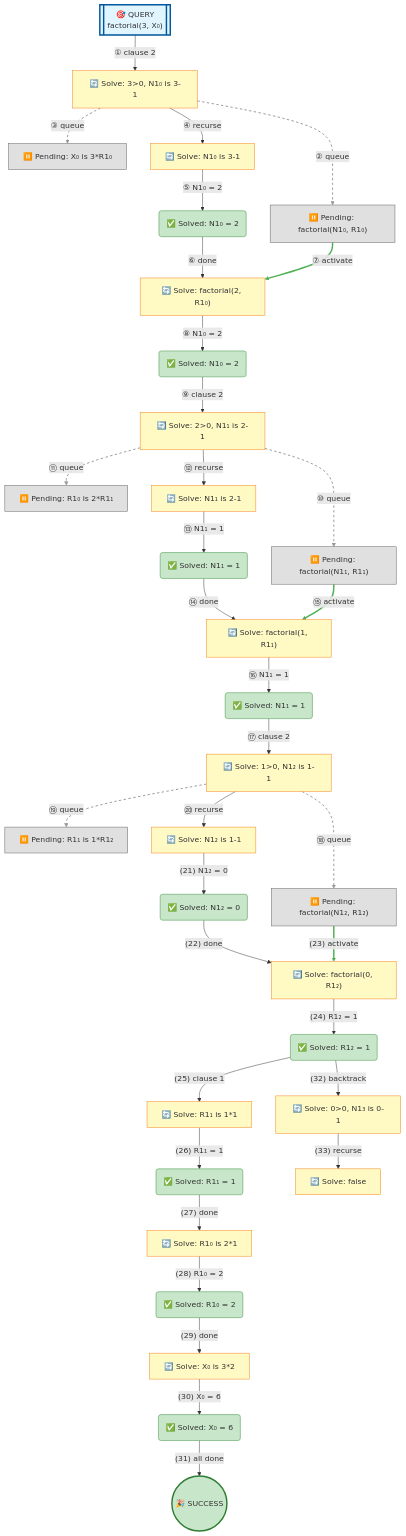
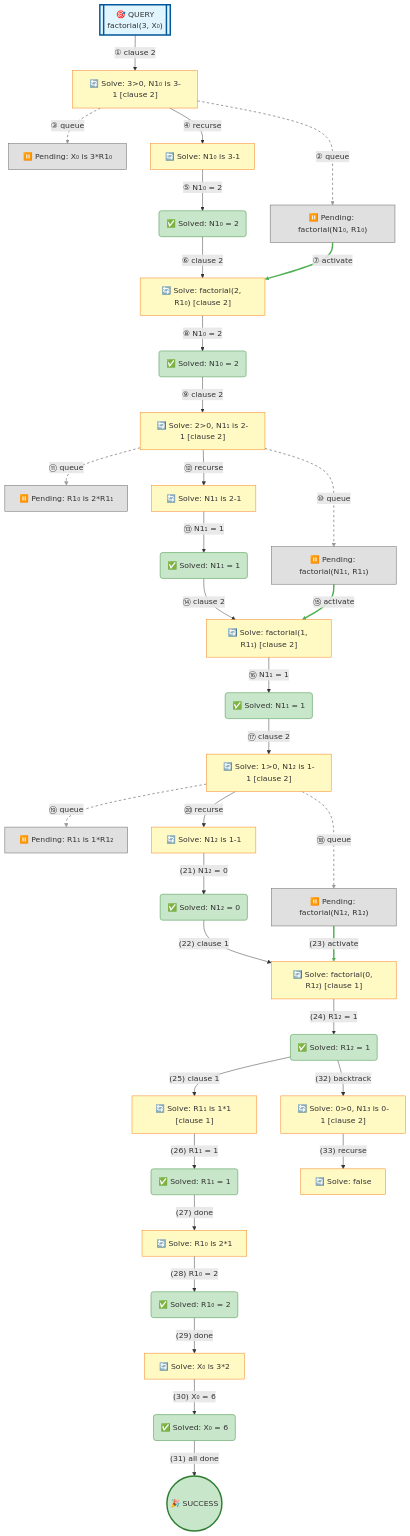
The diagram in examples/factorial-output.md (jarecsni/prolog-trace-viz), drawn with Mermaid before and after one commit. The commit also changed 4 other files, not shown here.

```diff
--- a/examples/factorial-output.md
+++ b/examples/factorial-output.md
@@ -13,35 +13,35 @@
 
 %% Nodes
 A[["🎯 QUERY<br/>factorial(3, X₀)"]]
-B["🔄 Solve: 3>0, N1₀ is 3-1"]
+B["🔄 Solve: 3>0, N1₀ is 3-1 [clause 2]"]
 B2["⏸️ Pending: factorial(N1₀, R1₀)"]
 B3["⏸️ Pending: X₀ is 3*R1₀"]
 C["🔄 Solve: N1₀ is 3-1"]
 D("✅ Solved: N1₀ = 2")
-E["🔄 Solve: factorial(2, R1₀)"]
+E["🔄 Solve: factorial(2, R1₀) [clause 2]"]
 F("✅ Solved: N1₀ = 2")
-G["🔄 Solve: 2>0, N1₁ is 2-1"]
+G["🔄 Solve: 2>0, N1₁ is 2-1 [clause 2]"]
 G2["⏸️ Pending: factorial(N1₁, R1₁)"]
 G3["⏸️ Pending: R1₀ is 2*R1₁"]
 H["🔄 Solve: N1₁ is 2-1"]
 I("✅ Solved: N1₁ = 1")
-J["🔄 Solve: factorial(1, R1₁)"]
+J["🔄 Solve: factorial(1, R1₁) [clause 2]"]
 K("✅ Solved: N1₁ = 1")
-L["🔄 Solve: 1>0, N1₂ is 1-1"]
+L["🔄 Solve: 1>0, N1₂ is 1-1 [clause 2]"]
 L2["⏸️ Pending: factorial(N1₂, R1₂)"]
 L3["⏸️ Pending: R1₁ is 1*R1₂"]
 M["🔄 Solve: N1₂ is 1-1"]
 N("✅ Solved: N1₂ = 0")
-O["🔄 Solve: factorial(0, R1₂)"]
+O["🔄 Solve: factorial(0, R1₂) [clause 1]"]
 P("✅ Solved: R1₂ = 1")
-Q["🔄 Solve: R1₁ is 1*1"]
+Q["🔄 Solve: R1₁ is 1*1 [clause 1]"]
 R("✅ Solved: R1₁ = 1")
 S["🔄 Solve: R1₀ is 2*1"]
 T("✅ Solved: R1₀ = 2")
 U["🔄 Solve: X₀ is 3*2"]
 V("✅ Solved: X₀ = 6")
 W(("🎉 SUCCESS"))
-X["🔄 Solve: 0>0, N1₃ is 0-1"]
+X["🔄 Solve: 0>0, N1₃ is 0-1 [clause 2]"]
 Y["🔄 Solve: false"]
 
 %% Edges
@@ -50,7 +50,7 @@
 B -.->|"③ queue"| B3
 B -->|"④ recurse"| C
 C -->|"⑤ N1₀ = 2"| D
-D -->|"⑥ done"| E
+D -->|"⑥ clause 2"| E
 B2 ==>|"⑦ activate"| E
 E -->|"⑧ N1₀ = 2"| F
 F -->|"⑨ clause 2"| G
@@ -58,7 +58,7 @@
 G -.->|"⑪ queue"| G3
 G -->|"⑫ recurse"| H
 H -->|"⑬ N1₁ = 1"| I
-I -->|"⑭ done"| J
+I -->|"⑭ clause 2"| J
 G2 ==>|"⑮ activate"| J
 J -->|"⑯ N1₁ = 1"| K
 K -->|"⑰ clause 2"| L
@@ -66,7 +66,7 @@
 L -.->|"⑲ queue"| L3
 L -->|"⑳ recurse"| M
 M -->|"(21) N1₂ = 0"| N
-N -->|"(22) done"| O
+N -->|"(22) clause 1"| O
 L2 ==>|"(23) activate"| O
 O -->|"(24) R1₂ = 1"| P
 P -->|"(25) clause 1"| Q
```
